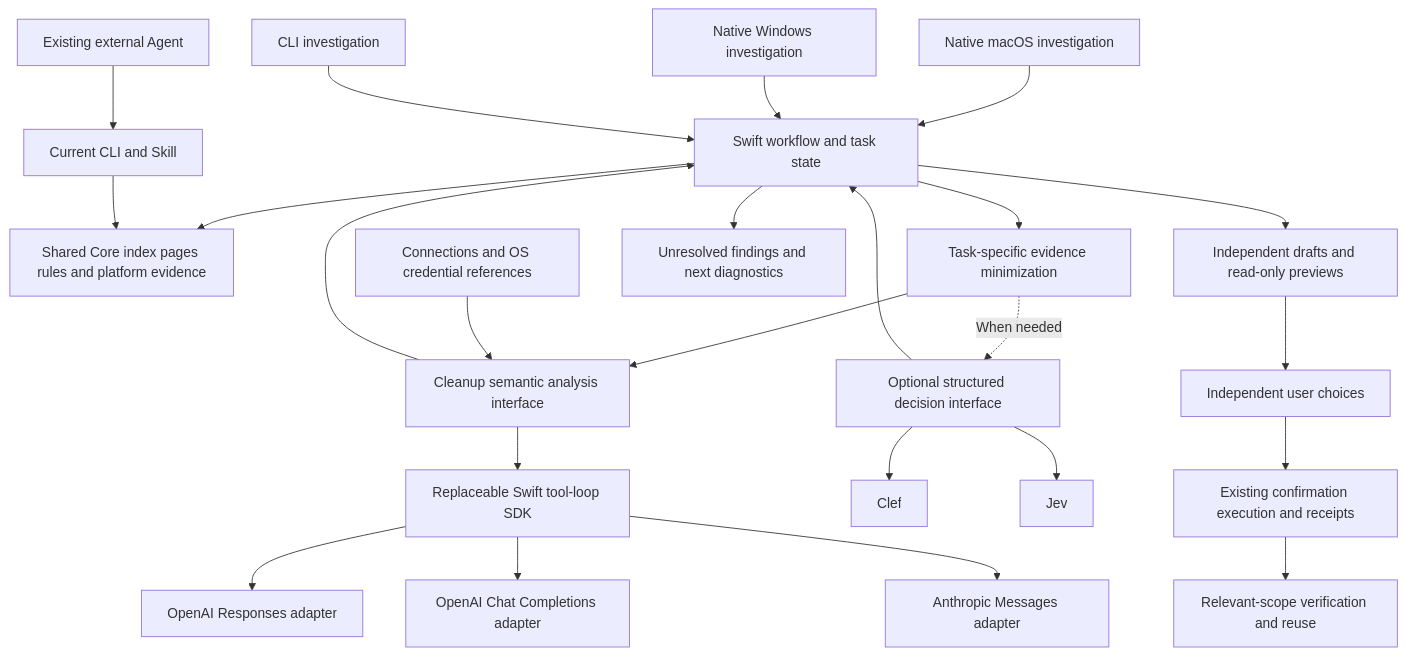
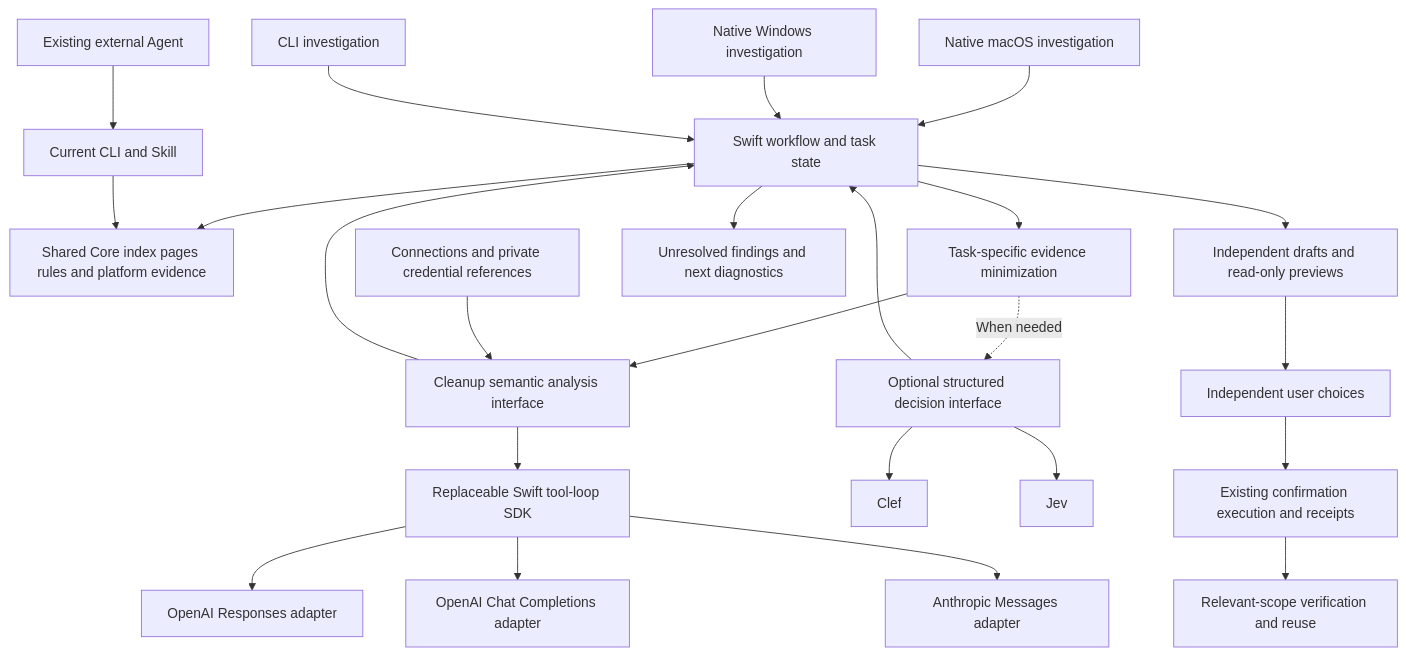
One commit to limecloud/shou changed the first of 2 diagrams in docs/engineering/embedded-ai-investigation.md. Above: the diagram before and after it, drawn with Mermaid. The commit also changed other lines of this file and 112 other files, not shown here.

````diff
--- a/docs/engineering/embedded-ai-investigation.md
+++ b/docs/engineering/embedded-ai-investigation.md
@@ -134,26 +134,26 @@
 ```mermaid
 flowchart TB
     Mac[Native macOS investigation] --> Host[Swift workflow and task state]
     Win[Native Windows investigation] --> Host
     Terminal[CLI investigation] --> Host
     Host --> Evidence[Shared Core index pages rules and platform evidence]
     Host --> Minimize[Task-specific evidence minimization]
     Minimize --> Model[Cleanup semantic analysis interface]
     Model --> Runtime[Replaceable Swift tool-loop SDK]
     Runtime --> Responses[OpenAI Responses adapter]
     Runtime --> Chat[OpenAI Chat Completions adapter]
     Runtime --> Anthropic[Anthropic Messages adapter]
-    Profiles[Connections and OS credential references] --> Model
+    Profiles[Connections and private credential references] --> Model
     Model --> Host
     Minimize -.When needed.-> Decision[Optional structured decision interface]
     Decision --> Clef[Clef]
     Decision --> Jev[Jev]
     Decision --> Host
     Host --> Unknown[Unresolved findings and next diagnostics]
     Host --> Draft[Independent drafts and read-only previews]
     Draft --> User[Independent user choices]
     User --> Execute[Existing confirmation execution and receipts]
     Execute --> Verify[Relevant-scope verification and reuse]
     External[Existing external Agent] --> CLI[Current CLI and Skill]
     CLI --> Evidence
 ```
````
